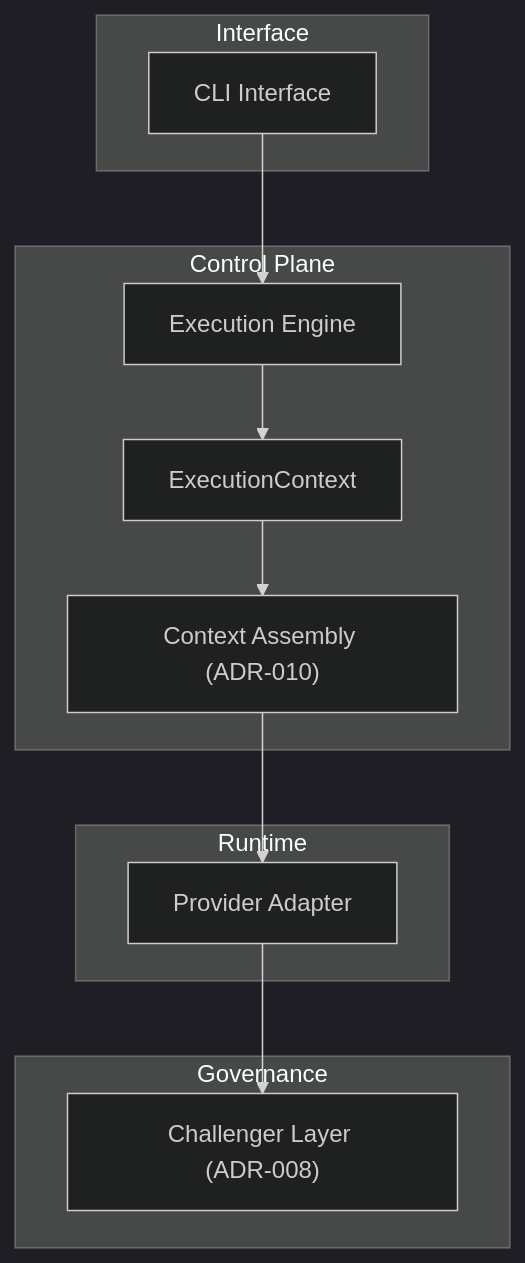
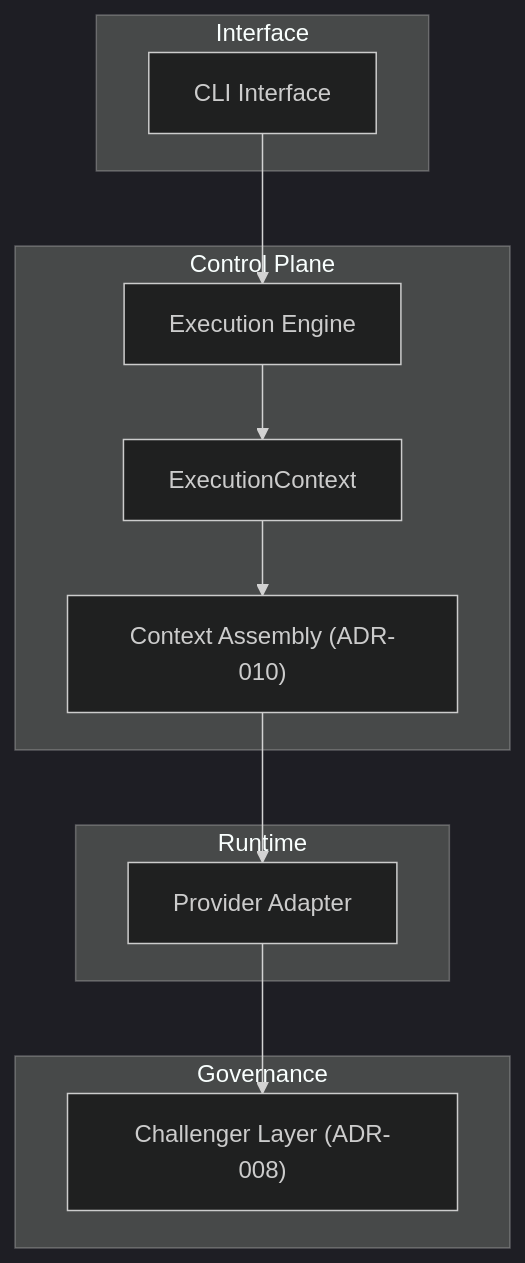
Before and after one commit to CevenJKnowles/io-architecture: the first of 2 diagrams in README.md, drawn with Mermaid (dark theme). The commit also changed other lines of this file and 33 other files, not shown here.

````diff
--- a/README.md
+++ b/README.md
@@ -84,27 +157,27 @@
-```mermaid
+``` mermaid
 flowchart TB
 
 subgraph Interface
 CLI["CLI Interface"]
 end
 
 subgraph ControlPlane["Control Plane"]
 ENGINE["Execution Engine"]
 CTX["ExecutionContext"]
-ASSEMBLY["Context Assembly (ADR‑010)"]
+ASSEMBLY["Context Assembly (ADR-010)"]
 end
 
 subgraph Runtime
 PROVIDER["Provider Adapter"]
 end
 
 subgraph Governance
-CHALLENGER["Challenger Layer (ADR‑008)"]
+CHALLENGER["Challenger Layer (ADR-008)"]
 end
 
 CLI --> ENGINE
 ENGINE --> CTX
 CTX --> ASSEMBLY
 ASSEMBLY --> PROVIDER
 PROVIDER --> CHALLENGER
 ```
````
